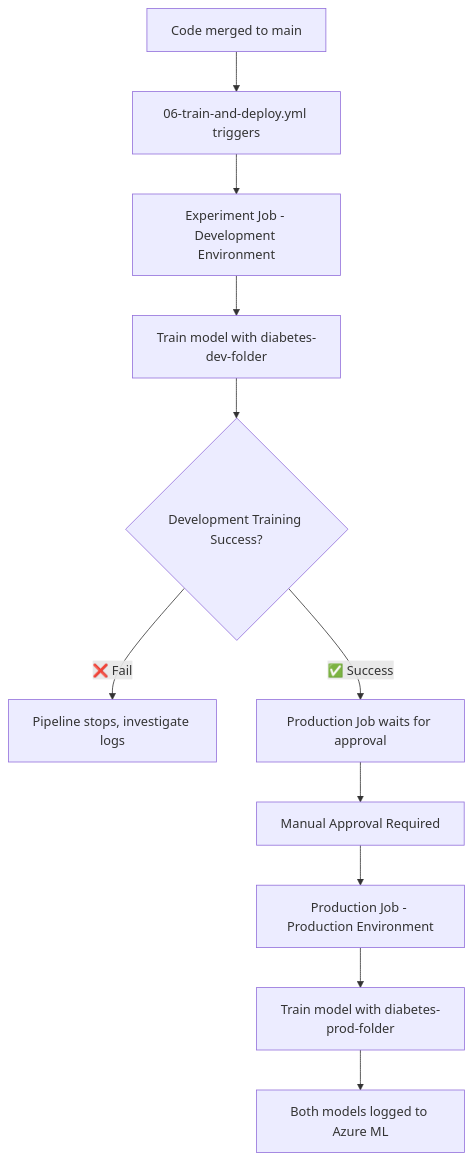
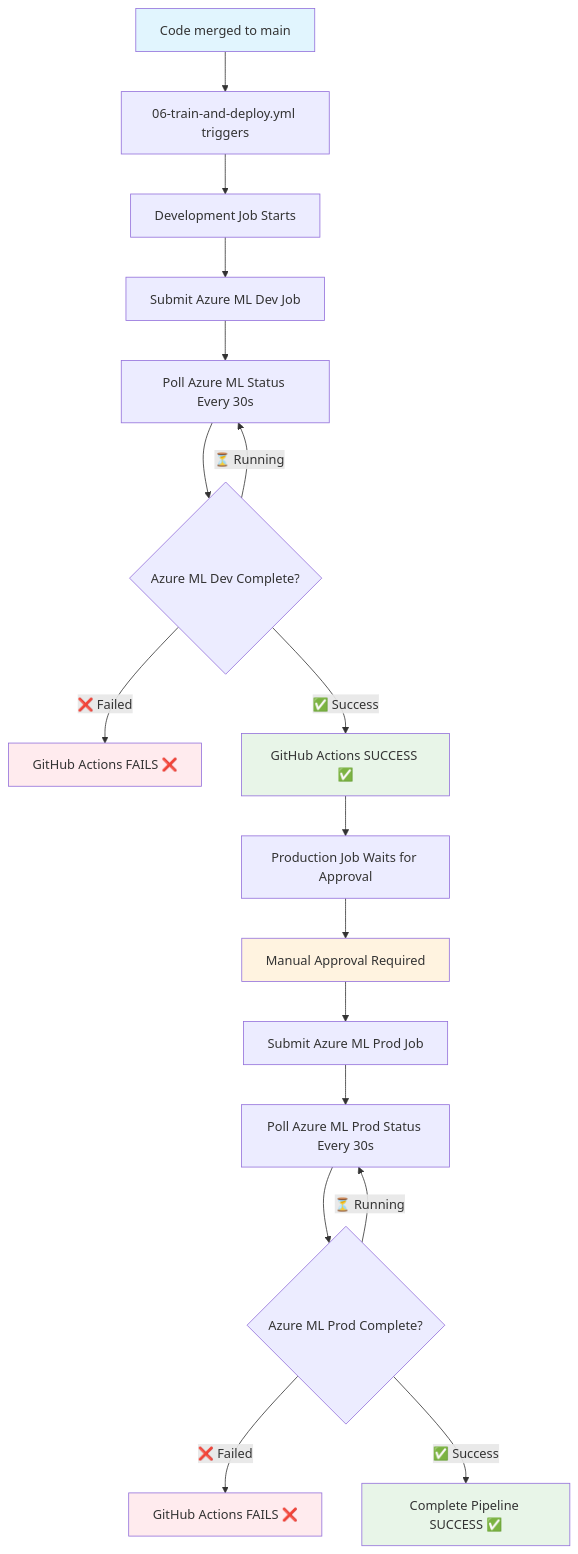
The second of 2 diagrams in README.md (VANQUOC81/experiment-mlops), drawn with Mermaid before and after one commit. The commit also changed other lines of this file and 3 other files, not shown here.

First line of the commit message:
Enhance Azure ML job workflows and README for clarity and functionality

````diff
--- a/README.md
+++ b/README.md
@@ -185,13 +185,26 @@
 ```mermaid
 graph TD
     H[Code merged to main] --> I[06-train-and-deploy.yml triggers]
-    I --> J[Experiment Job - Development Environment]
-    J --> K[Train model with diabetes-dev-folder]
-    K --> L{Development Training Success?}
-    L -->|❌ Fail| M[Pipeline stops, investigate logs]
-    L -->|✅ Success| N[Production Job waits for approval]
-    N --> O[Manual Approval Required]
-    O --> P[Production Job - Production Environment]
-    P --> Q[Train model with diabetes-prod-folder]
-    Q --> R[Both models logged to Azure ML]
+    I --> J[Development Job Starts]
+    J --> K[Submit Azure ML Dev Job]
+    K --> L[Poll Azure ML Status Every 30s]
+    L --> M{Azure ML Dev Complete?}
+    M -->|❌ Failed| N[GitHub Actions FAILS ❌]
+    M -->|⏳ Running| L
+    M -->|✅ Success| O[GitHub Actions SUCCESS ✅]
+    O --> P[Production Job Waits for Approval]
+    P --> Q[Manual Approval Required]
+    Q --> R[Submit Azure ML Prod Job]
+    R --> S[Poll Azure ML Prod Status Every 30s]
+    S --> T{Azure ML Prod Complete?}
+    T -->|❌ Failed| U[GitHub Actions FAILS ❌]
+    T -->|⏳ Running| S
+    T -->|✅ Success| V[Complete Pipeline SUCCESS ✅]
+    
+    style H fill:#e1f5fe
+    style N fill:#ffebee
+    style U fill:#ffebee
+    style O fill:#e8f5e8
+    style V fill:#e8f5e8
+    style Q fill:#fff3e0
 ```
````
